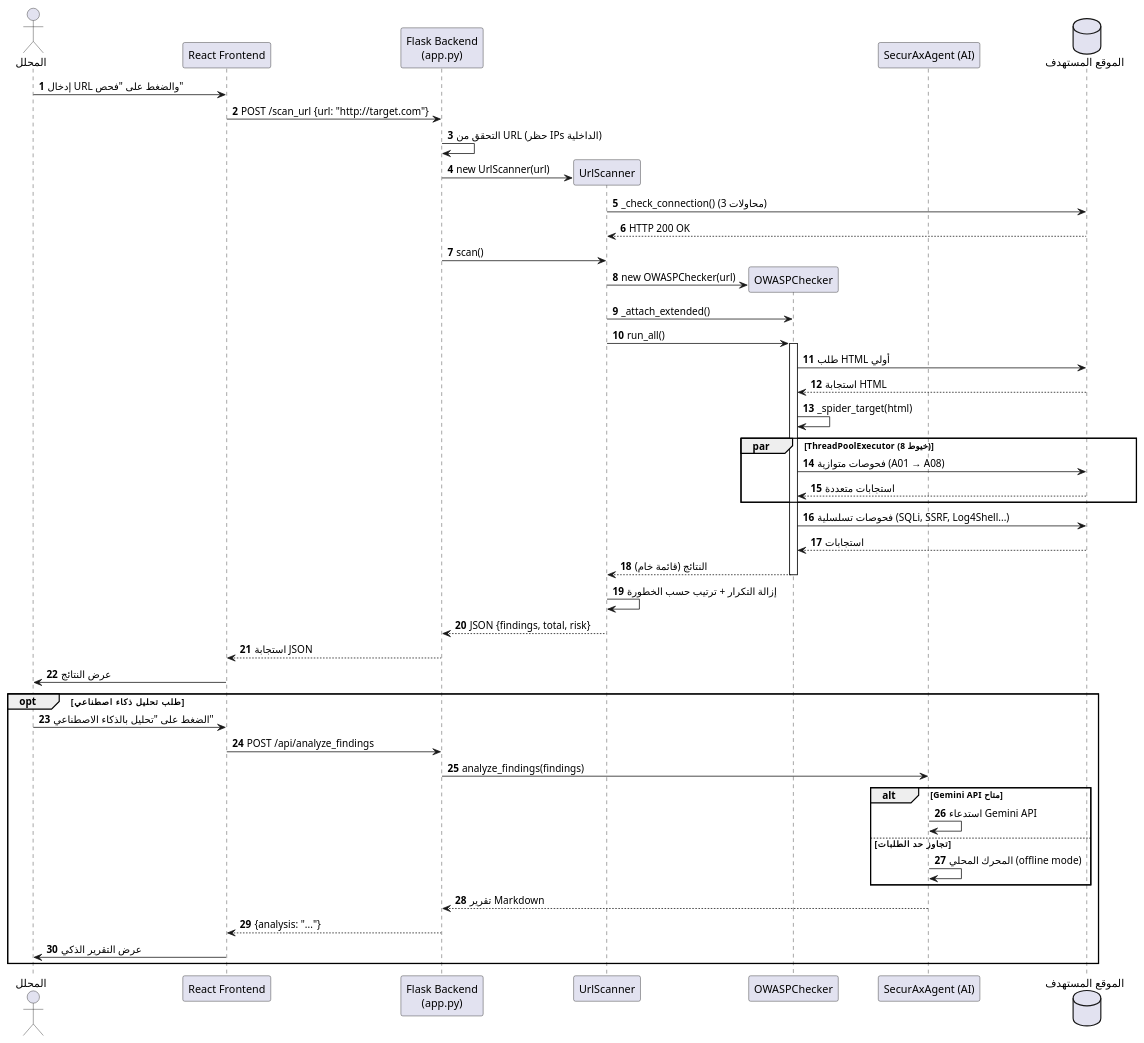
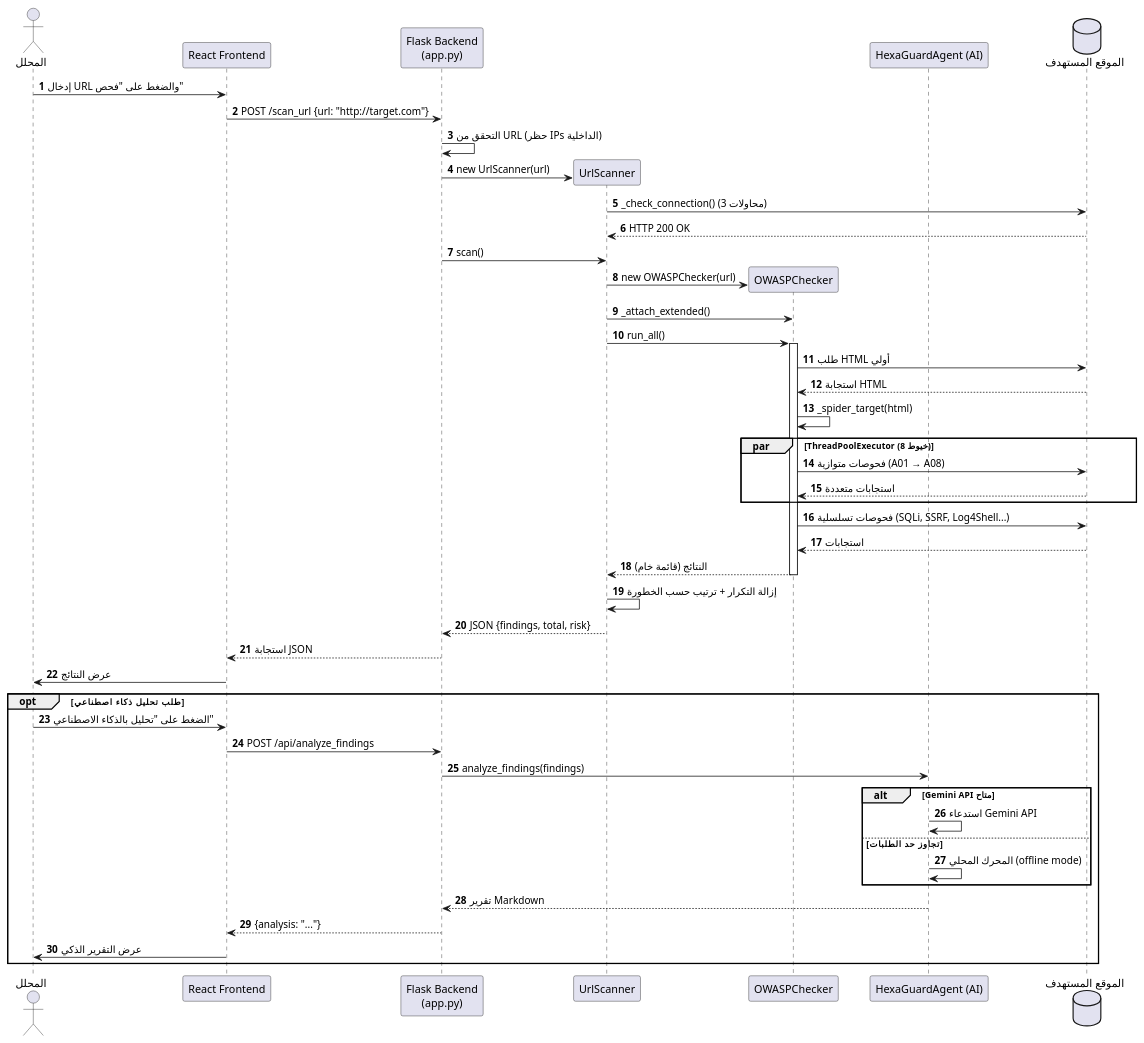
One commit to Abdallahbenaicha/HexaGuard changed the second of 5 diagrams in docs/PFE_ARABIC/chapter_02_system_design.md. Above: the diagram before and after it, drawn with PlantUML. The commit also changed other lines of this file and 108 other files, not shown here.

First line of the commit message:
refactor: rename SecurAx → HexaGuard across entire codebase

````diff
--- a/docs/PFE_ARABIC/chapter_02_system_design.md
+++ b/docs/PFE_ARABIC/chapter_02_system_design.md
@@ -204,57 +204,57 @@
 ```plantuml
 @startuml
 autonumber
 actor "المحلل" as User
 participant "React Frontend" as FE
 participant "Flask Backend\n(app.py)" as BE
 participant "UrlScanner" as US
 participant "OWASPChecker" as OC
-participant "SecurAxAgent (AI)" as AI
+participant "HexaGuardAgent (AI)" as AI
 database "الموقع المستهدف" as Target
 
 User -> FE : إدخال URL والضغط على "فحص"
 FE -> BE : POST /scan_url {url: "http://target.com"}
 BE -> BE : التحقق من URL (حظر IPs الداخلية)
 BE -> US ** : new UrlScanner(url)
 US -> Target : _check_connection() (3 محاولات)
 Target --> US : HTTP 200 OK
 BE -> US : scan()
 US -> OC ** : new OWASPChecker(url)
 US -> OC : _attach_extended()
 US -> OC : run_all()
 activate OC
 
 OC -> Target : طلب HTML أولي
 Target --> OC : استجابة HTML
 OC -> OC : _spider_target(html)
 
 par ThreadPoolExecutor (8 خيوط)
     OC -> Target : فحوصات متوازية (A01 → A08)
     Target --> OC : استجابات متعددة
 end
 
 OC -> Target : فحوصات تسلسلية (SQLi, SSRF, Log4Shell...)
 Target --> OC : استجابات
 OC --> US : النتائج (قائمة خام)
 deactivate OC
 
 US -> US : إزالة التكرار + ترتيب حسب الخطورة
 US --> BE : JSON {findings, total, risk}
 BE --> FE : استجابة JSON
 FE -> User : عرض النتائج
 
 opt طلب تحليل ذكاء اصطناعي
     User -> FE : الضغط على "تحليل بالذكاء الاصطناعي"
     FE -> BE : POST /api/analyze_findings
     BE -> AI : analyze_findings(findings)
     alt Gemini API متاح
         AI -> AI : استدعاء Gemini API
     else تجاوز حد الطلبات
         AI -> AI : المحرك المحلي (offline mode)
     end
     AI --> BE : تقرير Markdown
     BE --> FE : {analysis: "..."}
     FE -> User : عرض التقرير الذكي
 end
 @enduml
 ```
````
